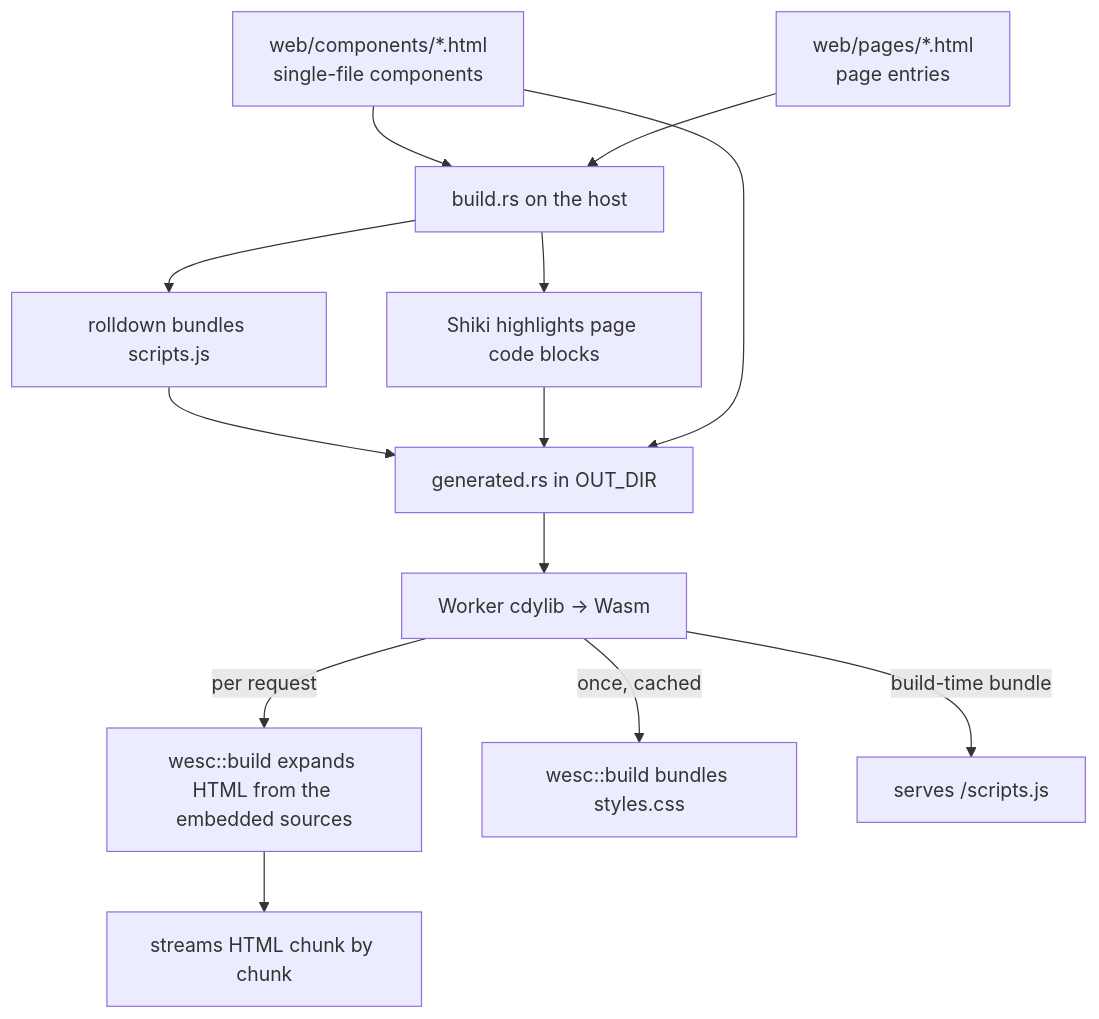
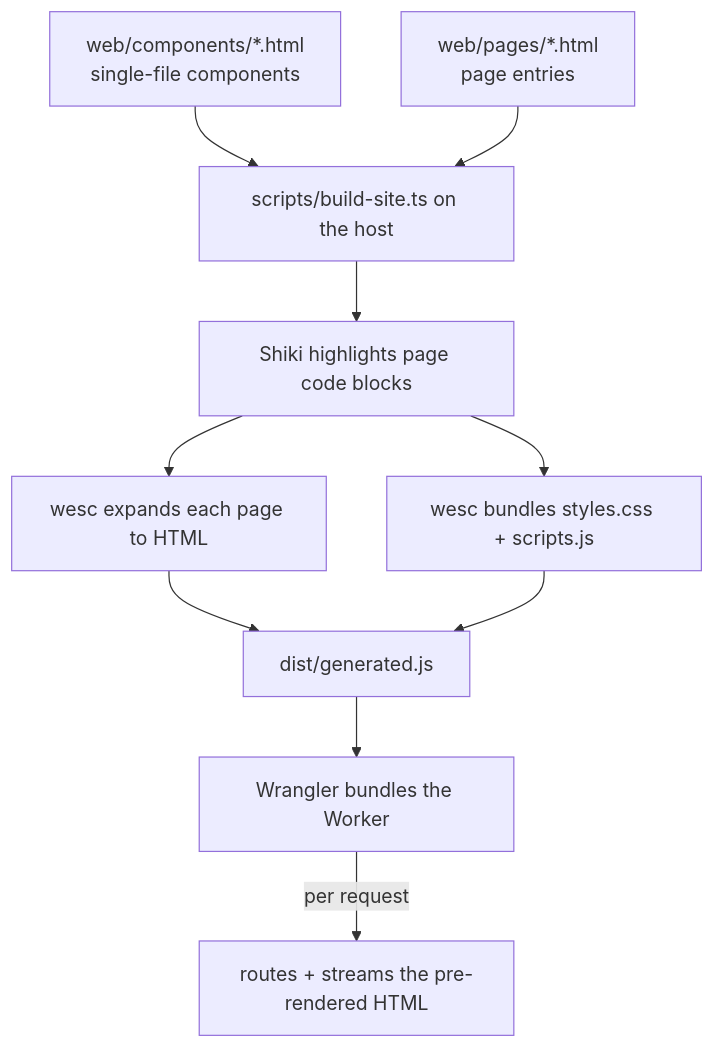
One commit to luwes/wesc changed the diagram in site/README.md. Above: the diagram before and after it, drawn with Mermaid. The commit also changed other lines of this file and 15 other files, not shown here.

First line of the commit message:
refactor(site): rewrite site as a TypeScript Cloudflare Worker

````diff
--- a/site/README.md
+++ b/site/README.md
@@ -22,15 +20,12 @@
 ```mermaid
 flowchart TD
     A[web/components/*.html<br/>single-file components] --> B
     P[web/pages/*.html<br/>page entries] --> B
-    B[build.rs on the host] --> C[rolldown bundles scripts.js]
-    B --> D[Shiki highlights page code blocks]
-    C --> E[generated.rs in OUT_DIR]
-    D --> E
-    A --> E
-    E --> W[Worker cdylib -> Wasm]
-    W -->|per request| R[wesc::build expands HTML from the embedded sources]
-    W -->|once, cached| S[wesc::build bundles styles.css]
-    W -->|build-time bundle| J[serves /scripts.js]
-    R --> O[streams HTML chunk by chunk]
+    B[scripts/build-site.ts on the host] --> D[Shiki highlights page code blocks]
+    D --> R[wesc expands each page to HTML]
+    D --> C[wesc bundles styles.css + scripts.js]
+    R --> G[dist/generated.js]
+    C --> G
+    G --> W[Wrangler bundles the Worker]
+    W -->|per request| S[routes + streams the pre-rendered HTML]
 ```
````
